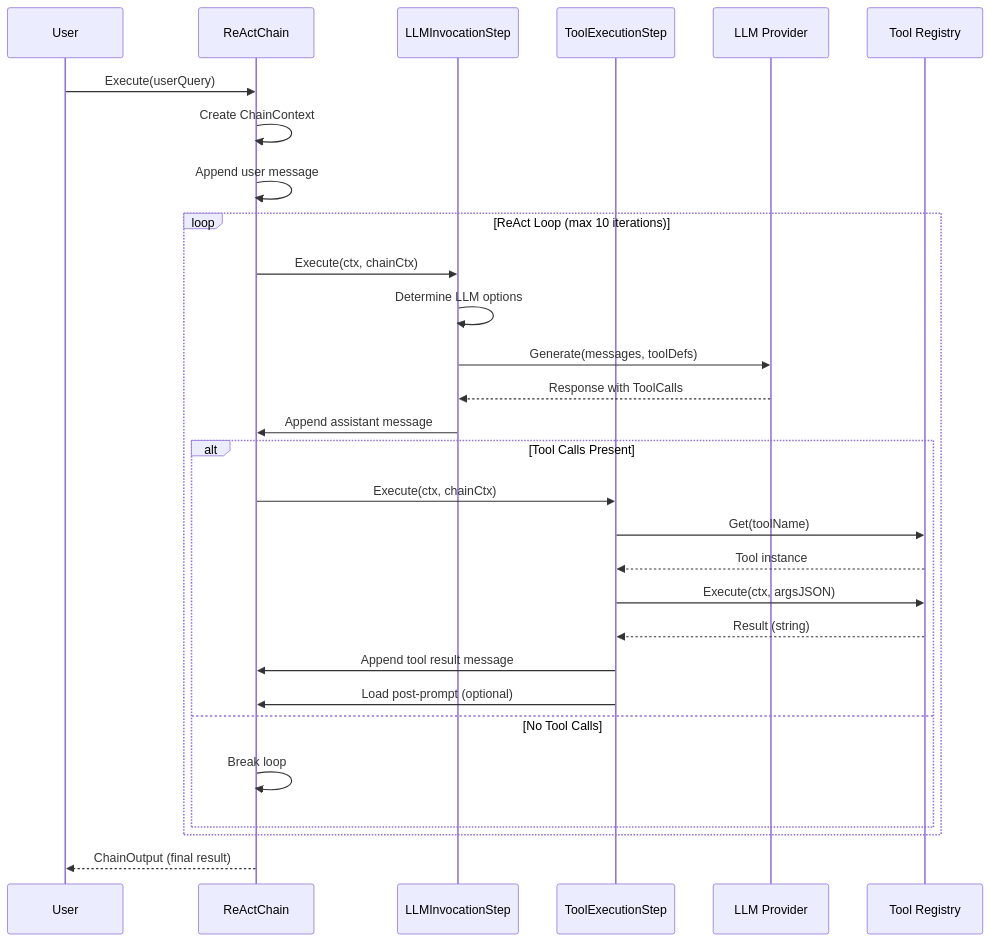
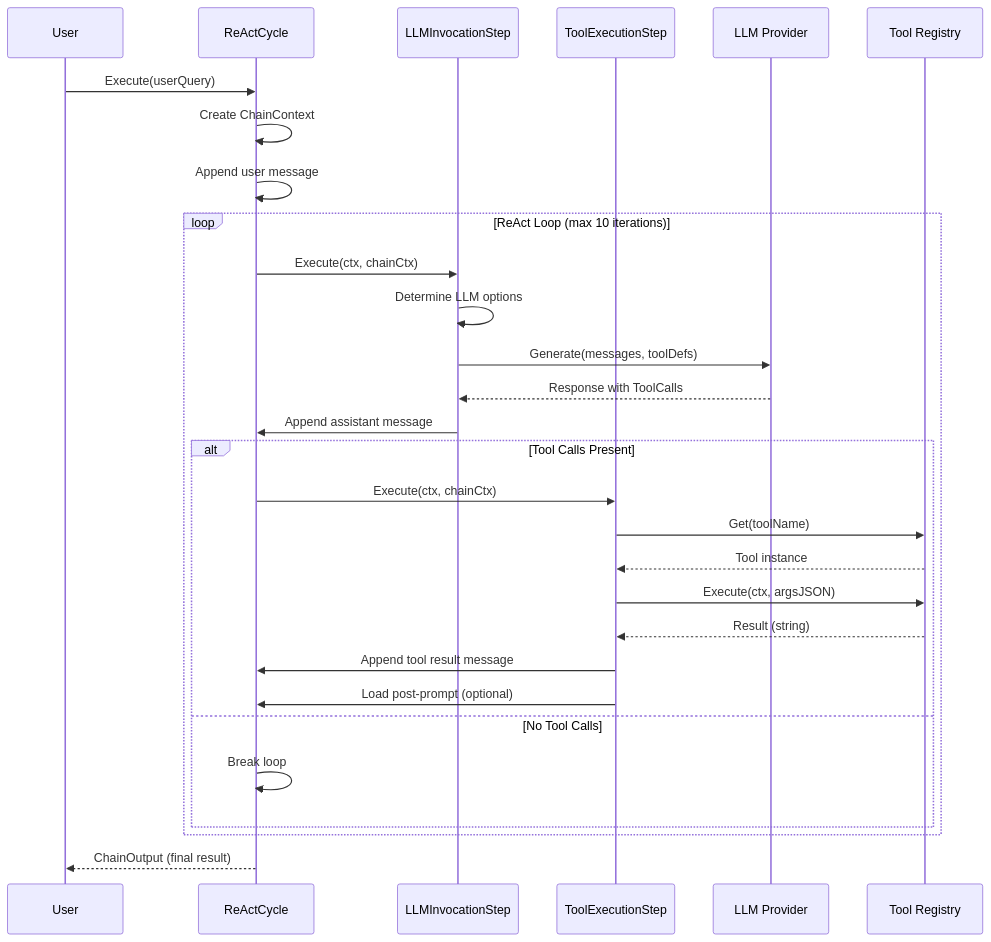
Before and after one commit to ilkoid/poncho-ai: the third of 5 diagrams in docs/chain_mech_note.md, drawn with Mermaid. The commit also changed other lines of this file and 32 other files, not shown here.

````diff
--- a/docs/chain_mech_note.md
+++ b/docs/chain_mech_note.md
@@ -81,35 +81,35 @@
 ```mermaid
 sequenceDiagram
     participant User
-    participant Chain as ReActChain
+    participant Chain as ReActCycle
     participant LLMStep as LLMInvocationStep
     participant ToolStep as ToolExecutionStep
     participant LLM as LLM Provider
     participant Tool as Tool Registry
     
     User->>Chain: Execute(userQuery)
     Chain->>Chain: Create ChainContext
     Chain->>Chain: Append user message
     
     loop ReAct Loop (max 10 iterations)
         Chain->>LLMStep: Execute(ctx, chainCtx)
         LLMStep->>LLMStep: Determine LLM options
         LLMStep->>LLM: Generate(messages, toolDefs)
         LLM-->>LLMStep: Response with ToolCalls
         LLMStep->>Chain: Append assistant message
         
         alt Tool Calls Present
             Chain->>ToolStep: Execute(ctx, chainCtx)
             ToolStep->>Tool: Get(toolName)
             Tool-->>ToolStep: Tool instance
             ToolStep->>Tool: Execute(ctx, argsJSON)
             Tool-->>ToolStep: Result (string)
             ToolStep->>Chain: Append tool result message
             ToolStep->>Chain: Load post-prompt (optional)
         else No Tool Calls
             Chain->>Chain: Break loop
         end
     end
     
     Chain-->>User: ChainOutput (final result)
 ```
````
